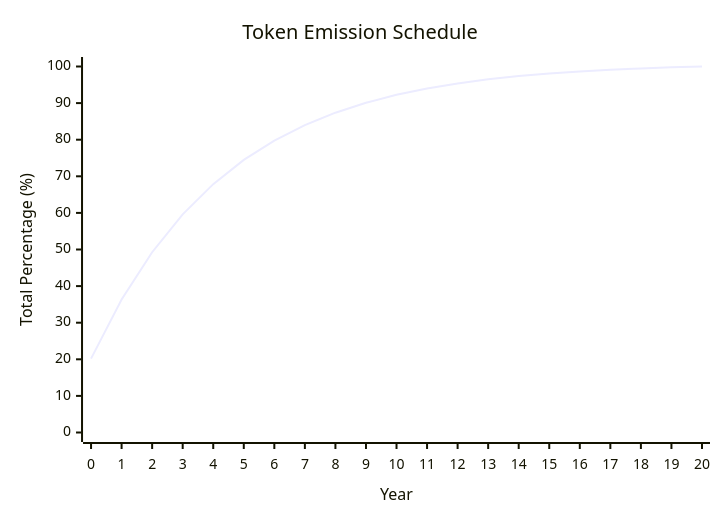
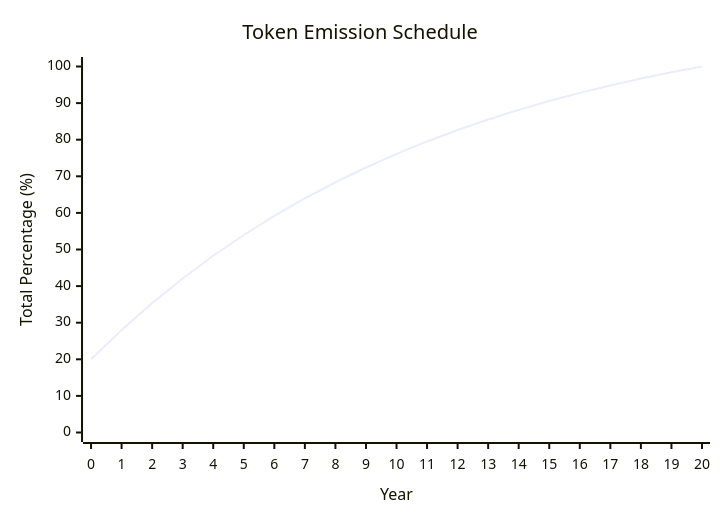
One commit to crynux-network-dao/crynux-dao-documents changed the diagram in crynux-tokenomics.md. Above: the diagram before and after it, drawn with Mermaid. The commit also changed other lines of this file and 1 other file, not shown here.

````diff
--- a/crynux-tokenomics.md
+++ b/crynux-tokenomics.md
@@ -23,7 +29,7 @@
 ```mermaid
 xychart
   title "Token Emission Schedule"
   x-axis "Year" [0, 1, 2, 3, 4, 5, 6, 7, 8, 9, 10, 11, 12, 13, 14, 15, 16, 17, 18, 19, 20]
   y-axis "Total Percentage (%)" 0 --> 100
-  line [20.1862, 36.3351, 49.2543, 59.5896, 67.8579, 74.4725, 79.7642, 83.9975, 87.3842, 90.0935, 92.2610, 93.9950, 95.3822, 96.4919, 97.3797, 98.0900, 98.6582, 99.1127, 99.4764, 99.7673, 100.0000]
+  line [20.0000, 28.0000, 35.3449, 42.0882, 48.2794, 53.9636, 59.1822, 63.9735, 68.3725, 72.4112, 76.1191, 79.5234, 82.6490, 85.5185, 88.1531, 90.5719, 92.7927, 94.8316, 96.7035, 98.4221, 100.0000]
 ```
````
